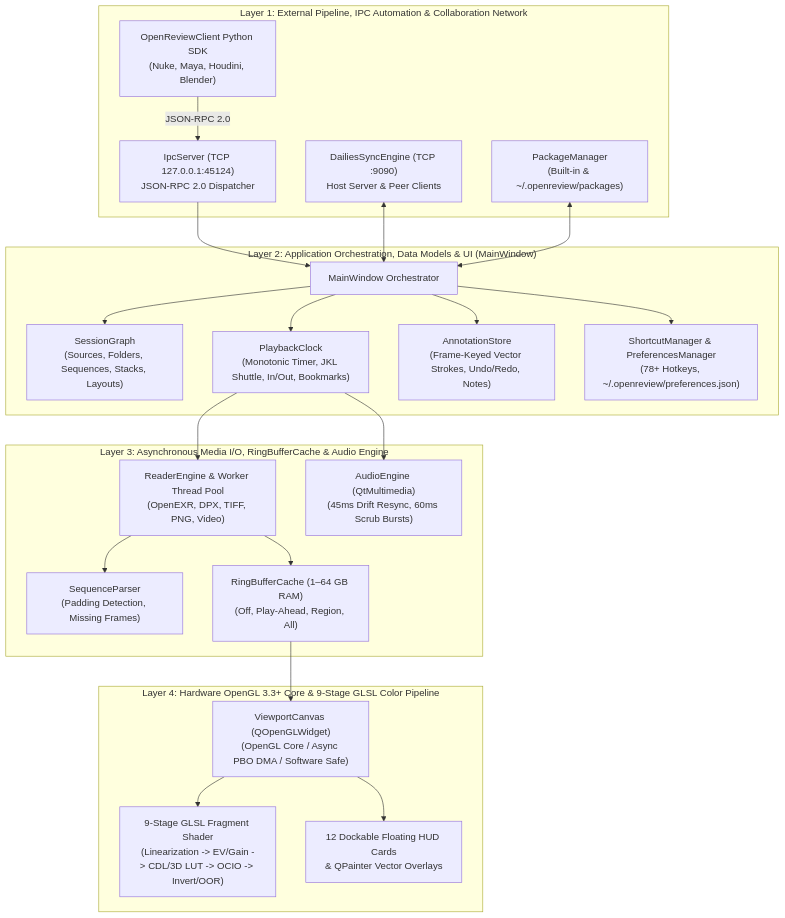
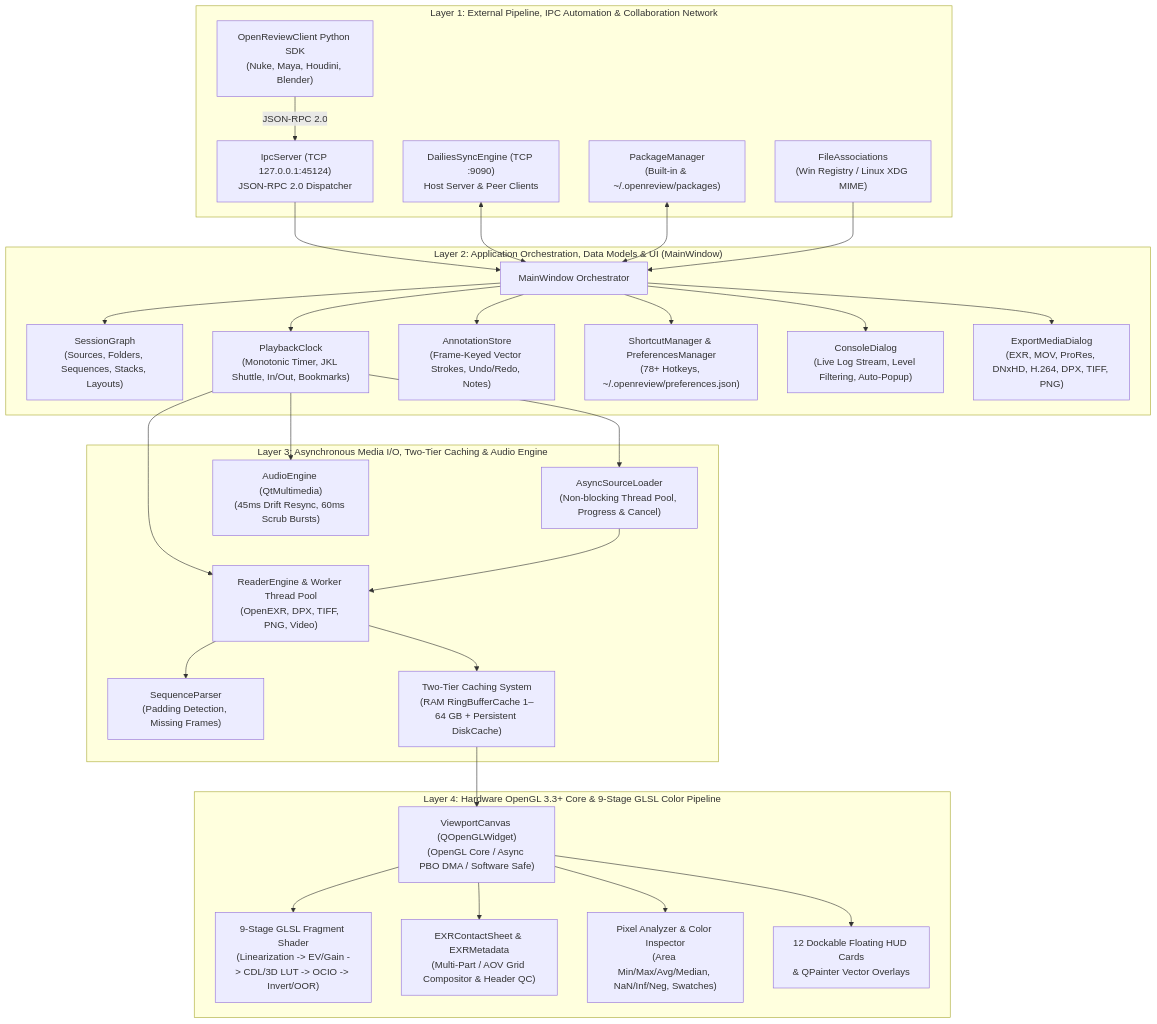
Before and after one commit to erinwnash/OpenReview: the diagram in ARCHITECTURE.md, drawn with Mermaid. The commit also changed other lines of this file and 140 other files, not shown here.

Commit message:
feat: release OpenReview v1.0.1 with EXR contact sheet, metadata inspection, async loader, and packaging updates

````diff
--- a/ARCHITECTURE.md
+++ b/ARCHITECTURE.md
@@ -15,46 +15,59 @@
 ```mermaid
 flowchart TB
     subgraph L1 ["Layer 1: External Pipeline, IPC Automation & Collaboration Network"]
         SDK["OpenReviewClient Python SDK<br/>(Nuke, Maya, Houdini, Blender)"]
         IPC["IpcServer (TCP 127.0.0.1:45124)<br/>JSON-RPC 2.0 Dispatcher"]
         Sync["DailiesSyncEngine (TCP :9090)<br/>Host Server & Peer Clients"]
         PkgMgr["PackageManager<br/>(Built-in & ~/.openreview/packages)"]
+        FileAssoc["FileAssociations<br/>(Win Registry / Linux XDG MIME)"]
     end
 
     subgraph L2 ["Layer 2: Application Orchestration, Data Models & UI (MainWindow)"]
         Main["MainWindow Orchestrator"]
         SG["SessionGraph<br/>(Sources, Folders, Sequences, Stacks, Layouts)"]
         Clock["PlaybackClock<br/>(Monotonic Timer, JKL Shuttle, In/Out, Bookmarks)"]
         Annot["AnnotationStore<br/>(Frame-Keyed Vector Strokes, Undo/Redo, Notes)"]
         Shortcuts["ShortcutManager & PreferencesManager<br/>(78+ Hotkeys, ~/.openreview/preferences.json)"]
+        Console["ConsoleDialog<br/>(Live Log Stream, Level Filtering, Auto-Popup)"]
+        ExportDlg["ExportMediaDialog<br/>(EXR, MOV, ProRes, DNxHD, H.264, DPX, TIFF, PNG)"]
     end
 
-    subgraph L3 ["Layer 3: Asynchronous Media I/O, RingBufferCache & Audio Engine"]
+    subgraph L3 ["Layer 3: Asynchronous Media I/O, Two-Tier Caching & Audio Engine"]
+        AsyncLoader["AsyncSourceLoader<br/>(Non-blocking Thread Pool, Progress & Cancel)"]
         ReaderEng["ReaderEngine & Worker Thread Pool<br/>(OpenEXR, DPX, TIFF, PNG, Video)"]
         SeqParser["SequenceParser<br/>(Padding Detection, Missing Frames)"]
-        Cache["RingBufferCache (1–64 GB RAM)<br/>(Off, Play-Ahead, Region, All)"]
+        Cache["Two-Tier Caching System<br/>(RAM RingBufferCache 1–64 GB + Persistent DiskCache)"]
         Audio["AudioEngine (QtMultimedia)<br/>(45ms Drift Resync, 60ms Scrub Bursts)"]
     end
 
     subgraph L4 ["Layer 4: Hardware OpenGL 3.3+ Core & 9-Stage GLSL Color Pipeline"]
         VP["ViewportCanvas (QOpenGLWidget)<br/>(OpenGL Core / Async PBO DMA / Software Safe)"]
         GLSL["9-Stage GLSL Fragment Shader<br/>(Linearization -> EV/Gain -> CDL/3D LUT -> OCIO -> Invert/OOR)"]
+        EXRSheet["EXRContactSheet & EXRMetadata<br/>(Multi-Part / AOV Grid Compositor & Header QC)"]
+        PixelAn["Pixel Analyzer & Color Inspector<br/>(Area Min/Max/Avg/Median, NaN/Inf/Neg, Swatches)"]
         HUDs["12 Dockable Floating HUD Cards<br/>& QPainter Vector Overlays"]
     end
 
     SDK -->|JSON-RPC 2.0| IPC
     IPC --> Main
     Sync <--> Main
     PkgMgr <--> Main
+    FileAssoc --> Main
     Main --> SG
     Main --> Clock
     Main --> Annot
     Main --> Shortcuts
+    Main --> Console
+    Main --> ExportDlg
     Clock --> Audio
     Clock --> ReaderEng
+    Clock --> AsyncLoader
+    AsyncLoader --> ReaderEng
     ReaderEng --> SeqParser
     ReaderEng --> Cache
     Cache --> VP
     VP --> GLSL
+    VP --> EXRSheet
+    VP --> PixelAn
     VP --> HUDs
 ```
````
